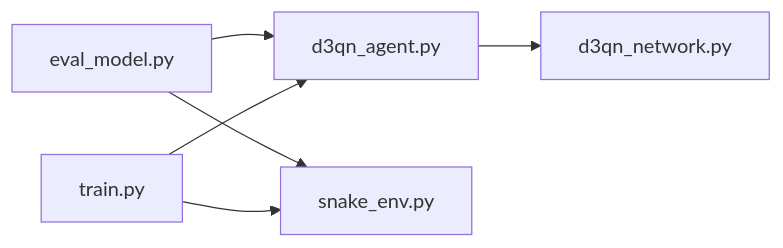
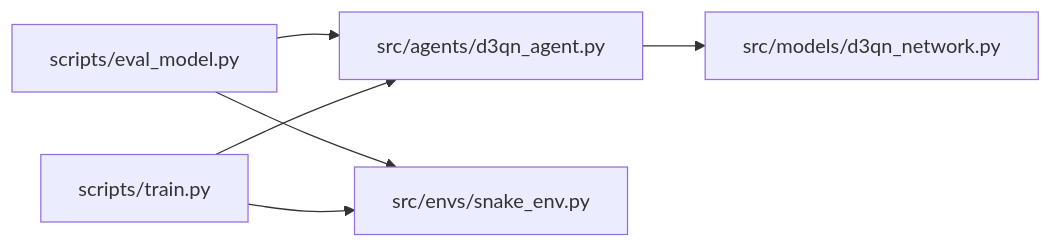
One commit to fuweiq94-cloud/3399180760000 changed the fifth of 5 diagrams in .qoder/repowiki/zh/content/演示和测试/模型评估工具.md. Above: the diagram before and after it, drawn with Mermaid. The commit also changed other lines of this file and 75 other files, not shown here.

````diff
--- a/.qoder/repowiki/zh/content/演示和测试/模型评估工具.md
+++ b/.qoder/repowiki/zh/content/演示和测试/模型评估工具.md
@@ -259,8 +268,8 @@
 ```mermaid
 graph LR
-EM["eval_model.py"] --> DA["d3qn_agent.py"]
-DA --> DN["d3qn_network.py"]
-EM --> SE["snake_env.py"]
-TR["train.py"] --> DA
+EM["scripts/eval_model.py"] --> DA["src/agents/d3qn_agent.py"]
+DA --> DN["src/models/d3qn_network.py"]
+EM --> SE["src/envs/snake_env.py"]
+TR["scripts/train.py"] --> DA
 TR --> SE
 ```
````
